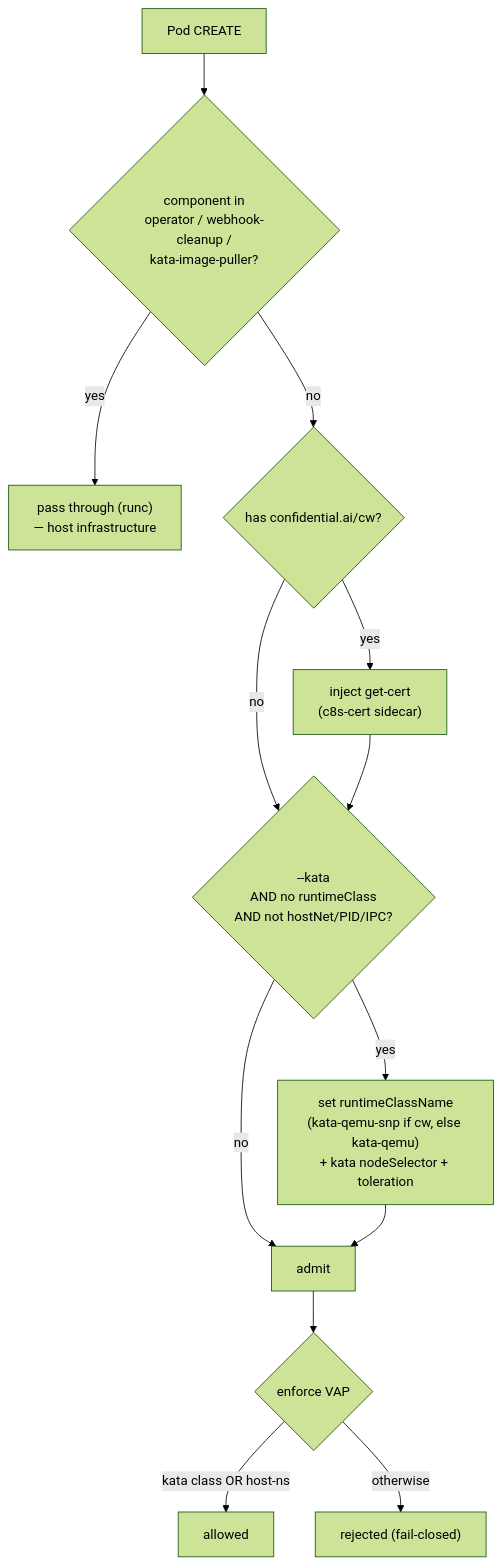
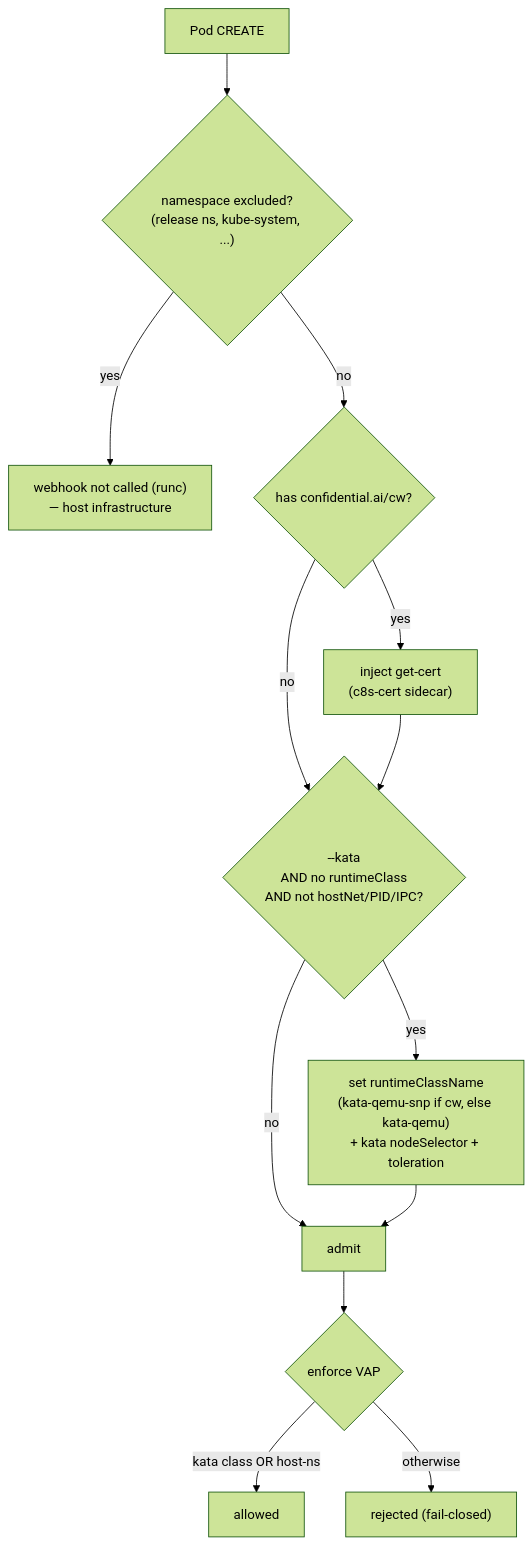
The third of 6 diagrams in docs/install-flows.md (confidential-dot-ai/c8s), drawn with Mermaid (forest theme) before and after one commit. The commit also changed other lines of this file and 23 other files, not shown here.

````diff
--- a/docs/install-flows.md
+++ b/docs/install-flows.md
@@ -198,15 +205,15 @@
 ```mermaid
 flowchart TD
-    P["Pod CREATE"] --> EX{"component in<br/>operator / webhook-cleanup /<br/>kata-image-puller?"}
-    EX -->|yes| PASS["pass through (runc)<br/>— host infrastructure"]
+    P["Pod CREATE"] --> EX{"namespace excluded?<br/>(release ns, kube-system, ...)"}
+    EX -->|yes| PASS["webhook not called (runc)<br/>— host infrastructure"]
     EX -->|no| CW{"has confidential.ai/cw?"}
     CW -->|yes| GC["inject get-cert<br/>(c8s-cert sidecar)"]
     CW -->|no| RC
     GC --> RC{"--kata<br/>AND no runtimeClass<br/>AND not hostNet/PID/IPC?"}
     RC -->|no| DONE["admit"]
     RC -->|yes| INJ["set runtimeClassName<br/>(kata-qemu-snp if cw, else kata-qemu)<br/>+ kata nodeSelector + toleration"]
     INJ --> DONE
     DONE --> VAP{"enforce VAP"}
     VAP -->|"kata class OR host-ns"| OK["allowed"]
     VAP -->|otherwise| REJ["rejected (fail-closed)"]
 ```
````
